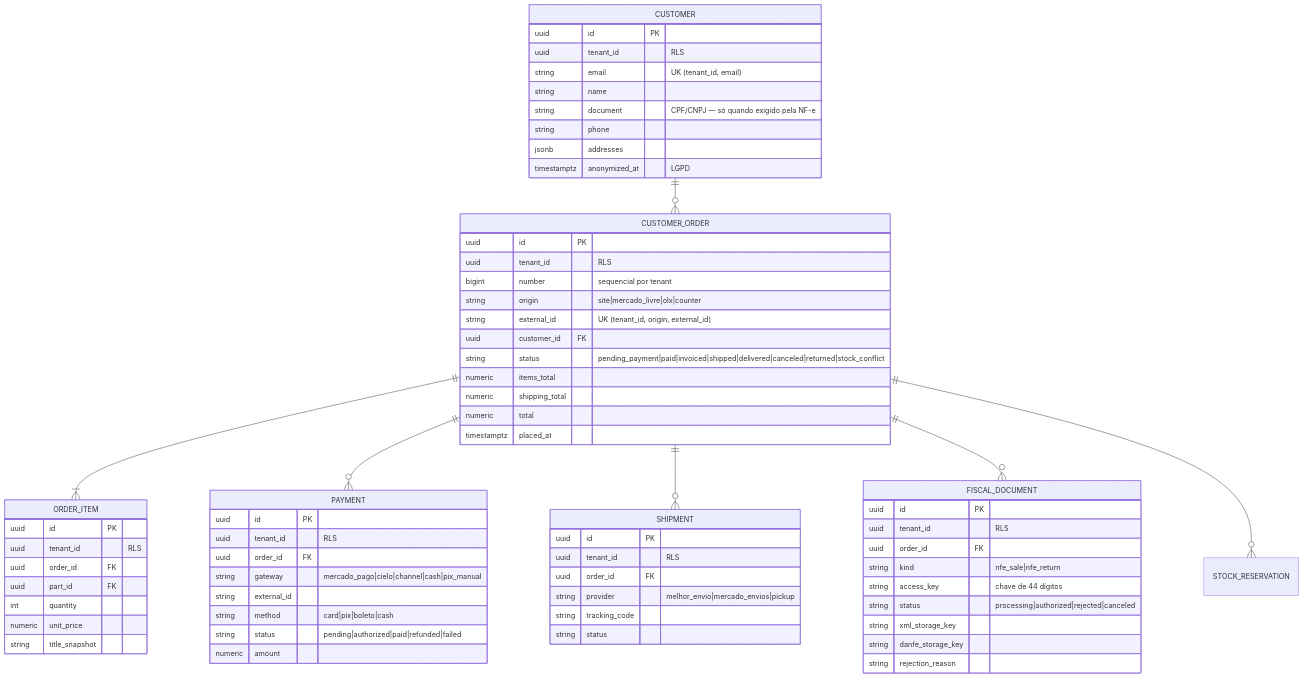
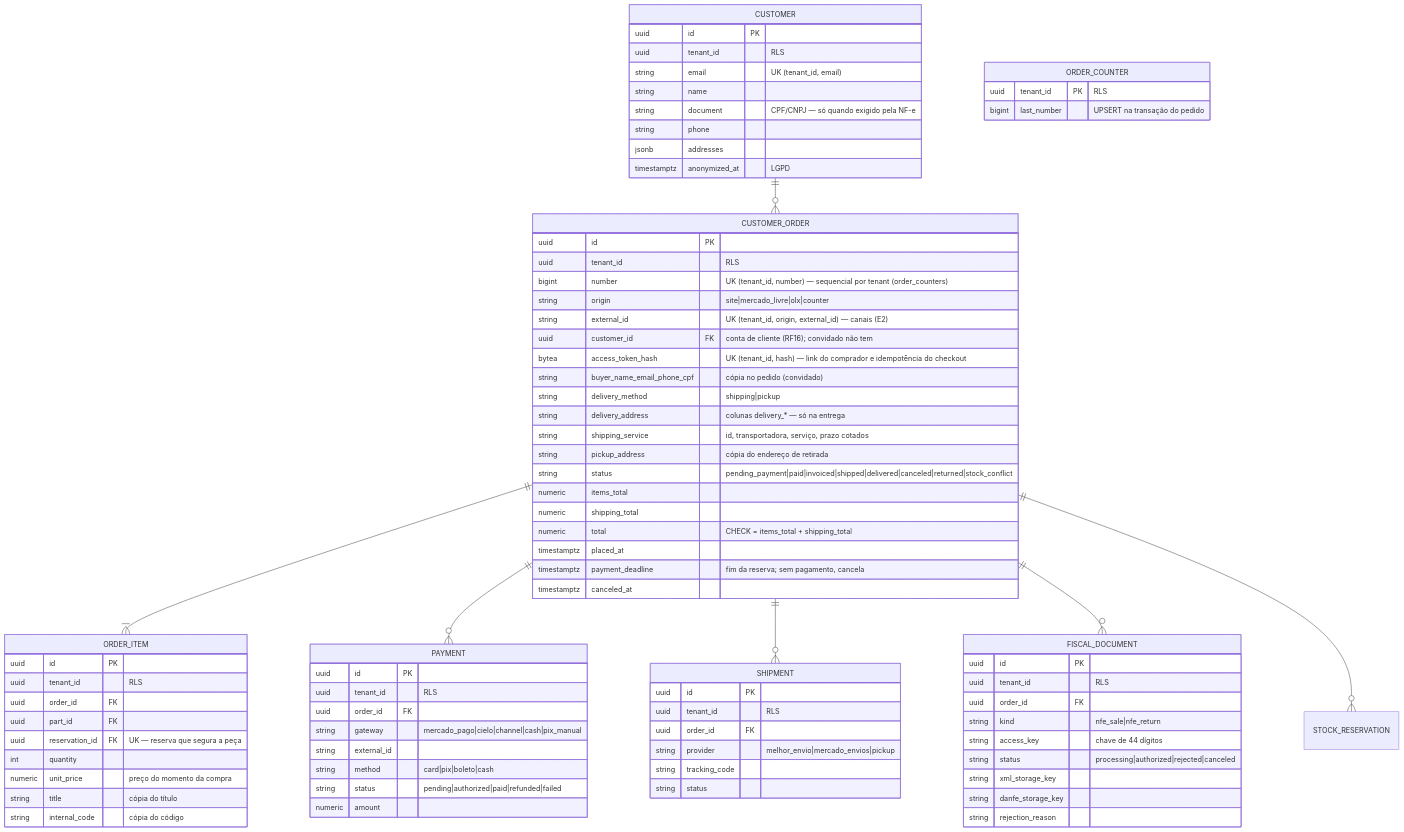
Before and after one commit to silvado/ecomm: the third of 4 diagrams in docs/modelo-dados.md, drawn with Mermaid. The commit also changed 24 other files, not shown here.

First line of the commit message:
Adiciona pedido da loja com reserva atômica e checkout como convidado (RF14)

```diff
--- a/docs/modelo-dados.md
+++ b/docs/modelo-dados.md
@@ -262,24 +262,38 @@
     CUSTOMER_ORDER {
         uuid id PK
         uuid tenant_id "RLS"
-        bigint number "sequencial por tenant"
+        bigint number "UK (tenant_id, number) — sequencial por tenant (order_counters)"
         string origin "site|mercado_livre|olx|counter"
-        string external_id "UK (tenant_id, origin, external_id)"
-        uuid customer_id FK
+        string external_id "UK (tenant_id, origin, external_id) — canais (E2)"
+        uuid customer_id FK "conta de cliente (RF16); convidado não tem"
+        bytea access_token_hash "UK (tenant_id, hash) — link do comprador e idempotência do checkout"
+        string buyer_name_email_phone_cpf "cópia no pedido (convidado)"
+        string delivery_method "shipping|pickup"
+        string delivery_address "colunas delivery_* — só na entrega"
+        string shipping_service "id, transportadora, serviço, prazo cotados"
+        string pickup_address "cópia do endereço de retirada"
         string status "pending_payment|paid|invoiced|shipped|delivered|canceled|returned|stock_conflict"
         numeric items_total
         numeric shipping_total
-        numeric total
+        numeric total "CHECK = items_total + shipping_total"
         timestamptz placed_at
+        timestamptz payment_deadline "fim da reserva; sem pagamento, cancela"
+        timestamptz canceled_at
     }
     ORDER_ITEM {
         uuid id PK
         uuid tenant_id "RLS"
         uuid order_id FK
         uuid part_id FK
+        uuid reservation_id FK "UK — reserva que segura a peça"
         int quantity
-        numeric unit_price
-        string title_snapshot
+        numeric unit_price "preço do momento da compra"
+        string title "cópia do título"
+        string internal_code "cópia do código"
+    }
+    ORDER_COUNTER {
+        uuid tenant_id PK "RLS"
+        bigint last_number "UPSERT na transação do pedido"
     }
     PAYMENT {
         uuid id PK
```
